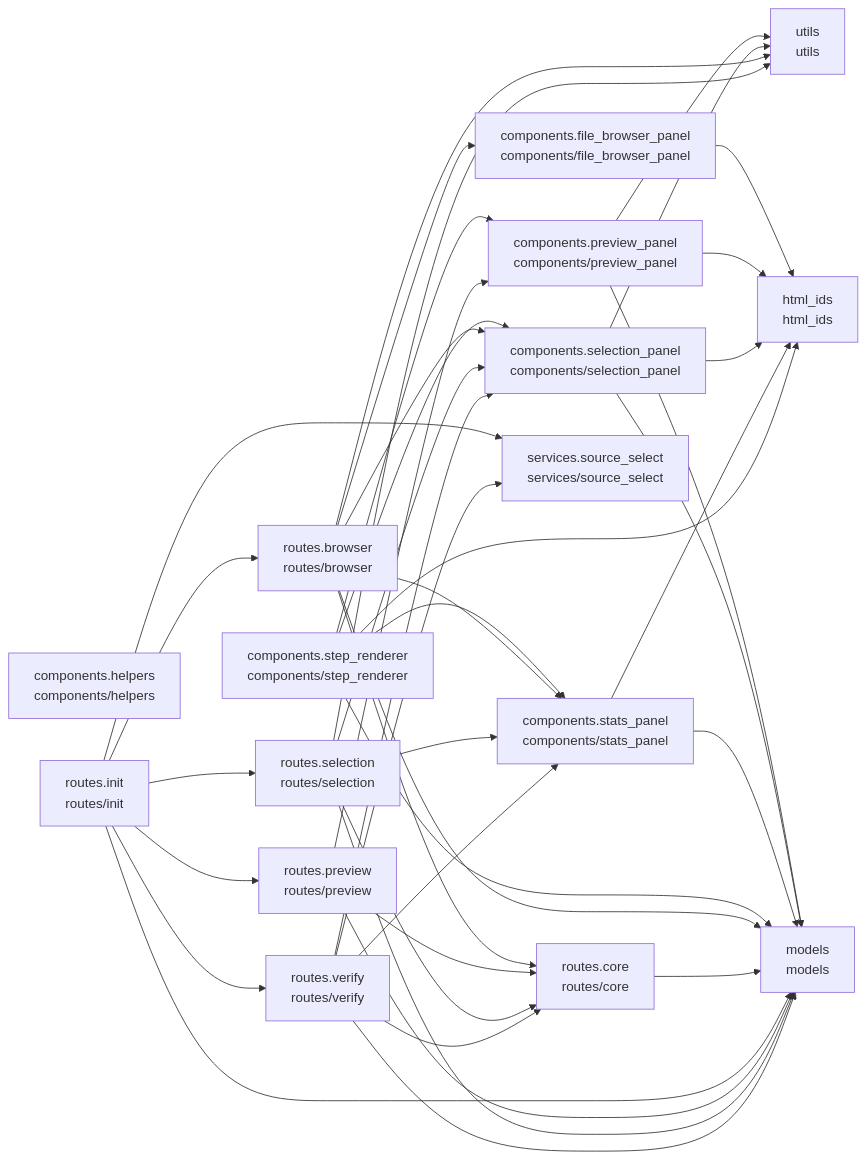
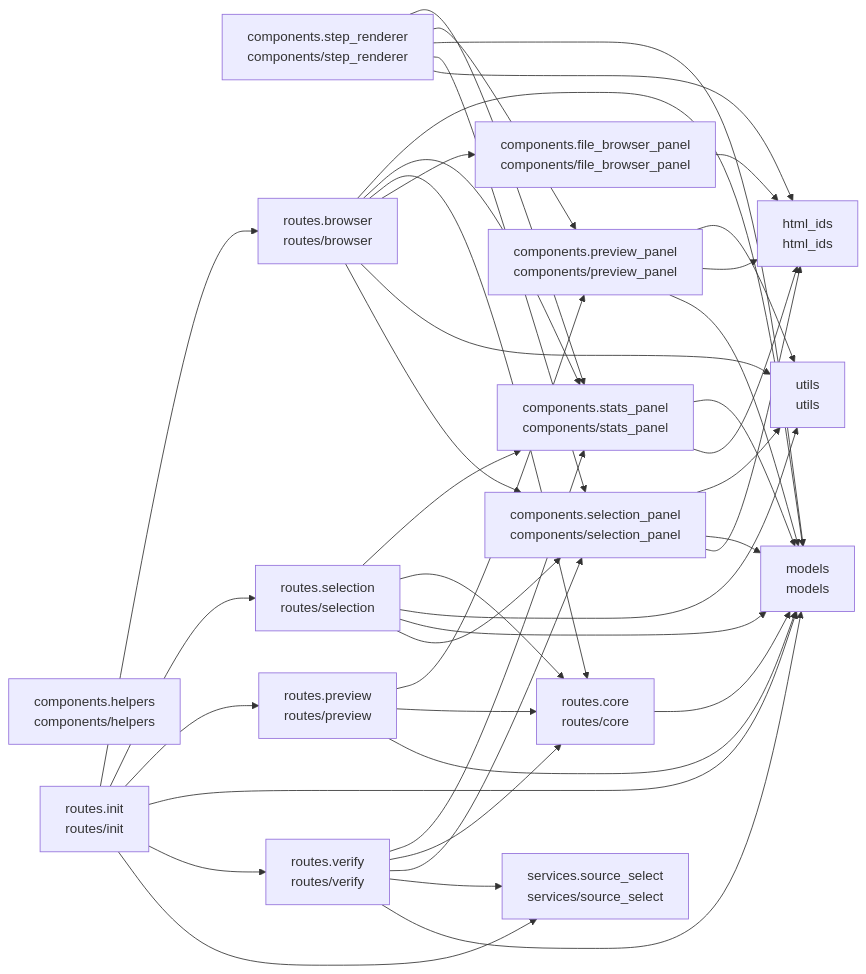
Before and after one commit to cj-mills/cjm-transcription-source-select: the diagram in README.md, drawn with Mermaid. The commit also changed other lines of this file and 8 other files, not shown here.

````diff
--- a/README.md
+++ b/README.md
@@ -39,60 +39,60 @@
 ``` mermaid
 graph LR
     components_file_browser_panel[components.file_browser_panel<br/>components/file_browser_panel]
     components_helpers[components.helpers<br/>components/helpers]
     components_preview_panel[components.preview_panel<br/>components/preview_panel]
     components_selection_panel[components.selection_panel<br/>components/selection_panel]
     components_stats_panel[components.stats_panel<br/>components/stats_panel]
     components_step_renderer[components.step_renderer<br/>components/step_renderer]
     html_ids[html_ids<br/>html_ids]
     models[models<br/>models]
     routes_browser[routes.browser<br/>routes/browser]
     routes_core[routes.core<br/>routes/core]
     routes_init[routes.init<br/>routes/init]
     routes_preview[routes.preview<br/>routes/preview]
     routes_selection[routes.selection<br/>routes/selection]
     routes_verify[routes.verify<br/>routes/verify]
     services_source_select[services.source_select<br/>services/source_select]
     utils[utils<br/>utils]
 
     components_file_browser_panel --> html_ids
     components_preview_panel --> utils
     components_preview_panel --> html_ids
     components_preview_panel --> models
+    components_selection_panel --> utils
     components_selection_panel --> models
-    components_selection_panel --> utils
     components_selection_panel --> html_ids
     components_stats_panel --> models
     components_stats_panel --> html_ids
-    components_step_renderer --> components_selection_panel
+    components_step_renderer --> components_stats_panel
     components_step_renderer --> components_preview_panel
     components_step_renderer --> models
+    components_step_renderer --> components_selection_panel
     components_step_renderer --> html_ids
-    components_step_renderer --> components_stats_panel
-    routes_browser --> components_file_browser_panel
     routes_browser --> models
-    routes_browser --> components_selection_panel
     routes_browser --> components_stats_panel
     routes_browser --> routes_core
+    routes_browser --> components_file_browser_panel
     routes_browser --> utils
+    routes_browser --> components_selection_panel
     routes_core --> models
+    routes_init --> routes_browser
+    routes_init --> routes_selection
     routes_init --> routes_preview
+    routes_init --> models
+    routes_init --> routes_verify
     routes_init --> services_source_select
-    routes_init --> routes_selection
-    routes_init --> models
-    routes_init --> routes_browser
-    routes_init --> routes_verify
     routes_preview --> components_preview_panel
+    routes_preview --> routes_core
     routes_preview --> models
-    routes_preview --> routes_core
-    routes_selection --> components_selection_panel
     routes_selection --> components_stats_panel
     routes_selection --> routes_core
+    routes_selection --> utils
     routes_selection --> models
-    routes_selection --> utils
+    routes_selection --> components_selection_panel
+    routes_verify --> components_stats_panel
     routes_verify --> routes_core
+    routes_verify --> components_selection_panel
     routes_verify --> services_source_select
     routes_verify --> models
-    routes_verify --> components_selection_panel
-    routes_verify --> components_stats_panel
 ```
````
